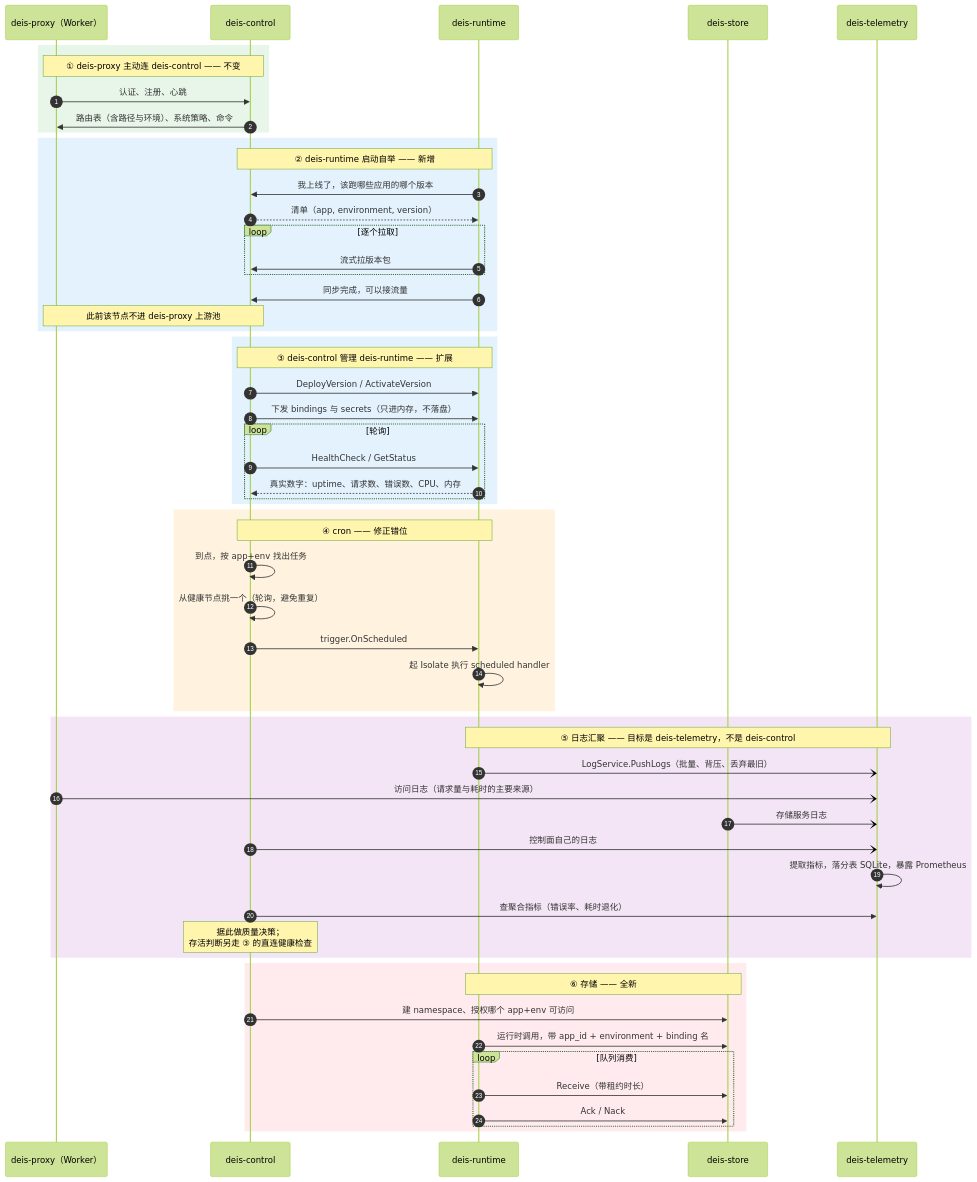
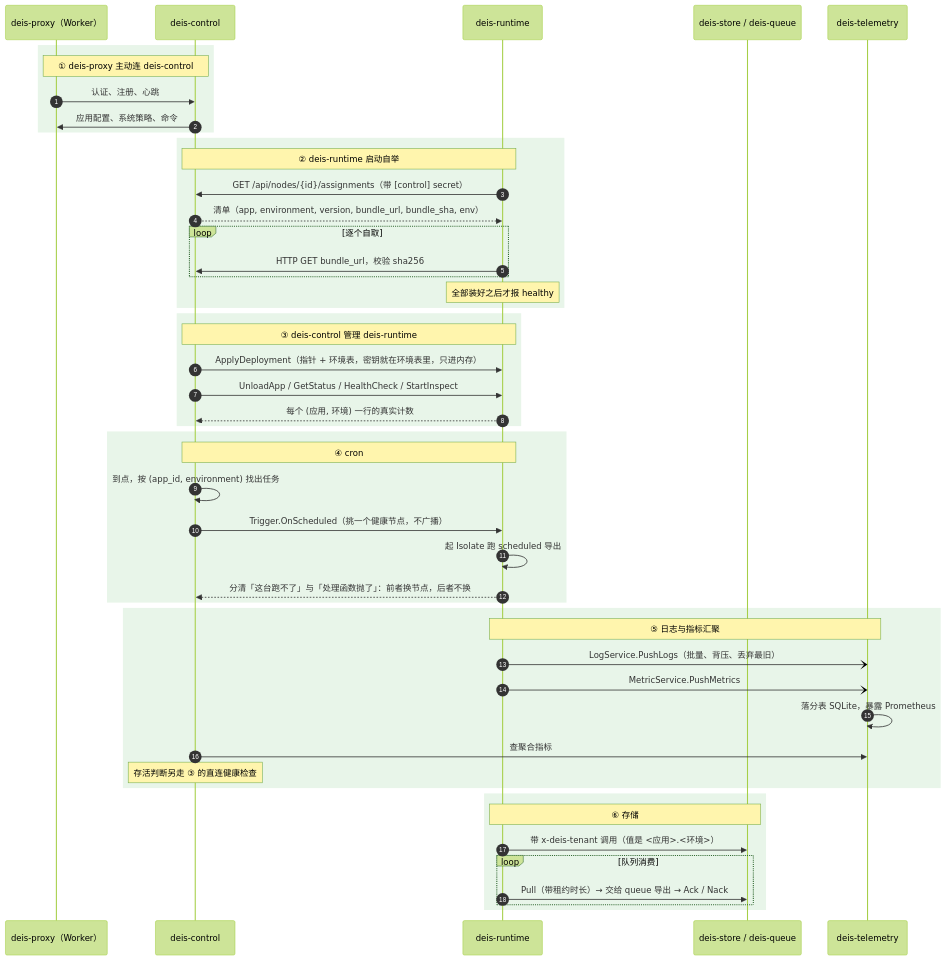
Before and after one commit to deislet/deislet: the fifth of 6 diagrams in docs/architecture.zh.md, drawn with Mermaid (forest theme). The commit also changed other lines of this file and 111 other files, not shown here.

````diff
--- a/docs/architecture.zh.md
+++ b/docs/architecture.zh.md
@@ -285,65 +312,57 @@
 ```mermaid
 sequenceDiagram
     autonumber
     participant F as deis-proxy（Worker）
     participant R as deis-control
     participant X as deis-runtime
-    participant D as deis-store
+    participant D as deis-store / deis-queue
     participant L as deis-telemetry
 
     rect rgb(232, 245, 233)
-    Note over F,R: ① deis-proxy 主动连 deis-control —— 不变
+    Note over F,R: ① deis-proxy 主动连 deis-control
     F->>R: 认证、注册、心跳
-    R->>F: 路由表（含路径与环境）、系统策略、命令
+    R->>F: 应用配置、系统策略、命令
     end
 
-    rect rgb(227, 242, 253)
-    Note over X,R: ② deis-runtime 启动自举 —— 新增
-    X->>R: 我上线了，该跑哪些应用的哪个版本
-    R-->>X: 清单（app, environment, version）
-    loop 逐个拉取
-        X->>R: 流式拉版本包
+    rect rgb(232, 245, 233)
+    Note over X,R: ② deis-runtime 启动自举
+    X->>R: GET /api/nodes/{id}/assignments（带 [control] secret）
+    R-->>X: 清单（app, environment, version, bundle_url, bundle_sha, env）
+    loop 逐个自取
+        X->>R: HTTP GET bundle_url，校验 sha256
     end
-    X->>R: 同步完成，可以接流量
-    Note over R,F: 此前该节点不进 deis-proxy 上游池
+    Note over X: 全部装好之后才报 healthy
     end
 
-    rect rgb(227, 242, 253)
-    Note over R,X: ③ deis-control 管理 deis-runtime —— 扩展
-    R->>X: DeployVersion / ActivateVersion
-    R->>X: 下发 bindings 与 secrets（只进内存，不落盘）
-    loop 轮询
-        R->>X: HealthCheck / GetStatus
-        X-->>R: 真实数字：uptime、请求数、错误数、CPU、内存
-    end
+    rect rgb(232, 245, 233)
+    Note over R,X: ③ deis-control 管理 deis-runtime
+    R->>X: ApplyDeployment（指针 + 环境表，密钥就在环境表里，只进内存）
+    R->>X: UnloadApp / GetStatus / HealthCheck / StartInspect
+    X-->>R: 每个 (应用, 环境) 一行的真实计数
     end
 
-    rect rgb(255, 243, 224)
-    Note over R,X: ④ cron —— 修正错位
-    R->>R: 到点，按 app+env 找出任务
-    R->>R: 从健康节点挑一个（轮询，避免重复）
-    R->>X: trigger.OnScheduled
-    X->>X: 起 Isolate 执行 scheduled handler
+    rect rgb(232, 245, 233)
+    Note over R,X: ④ cron
+    R->>R: 到点，按 (app_id, environment) 找出任务
+    R->>X: Trigger.OnScheduled（挑一个健康节点，不广播）
+    X->>X: 起 Isolate 跑 scheduled 导出
+    X-->>R: 分清「这台跑不了」与「处理函数抛了」：前者换节点，后者不换
     end
 
-    rect rgb(243, 229, 245)
-    Note over X,L: ⑤ 日志汇聚 —— 目标是 deis-telemetry，不是 deis-control
+    rect rgb(232, 245, 233)
+    Note over X,L: ⑤ 日志与指标汇聚
     X-)L: LogService.PushLogs（批量、背压、丢弃最旧）
-    F-)L: 访问日志（请求量与耗时的主要来源）
-    D-)L: 存储服务日志
-    R-)L: 控制面自己的日志
-    L->>L: 提取指标，落分表 SQLite，暴露 Prometheus
-    R->>L: 查聚合指标（错误率、耗时退化）
-    Note over R: 据此做质量决策；<br/>存活判断另走 ③ 的直连健康检查
+    X-)L: MetricService.PushMetrics
+    L->>L: 落分表 SQLite，暴露 Prometheus
+    R->>L: 查聚合指标
+    Note over R: 存活判断另走 ③ 的直连健康检查
     end
 
-    rect rgb(255, 235, 238)
-    Note over X,D: ⑥ 存储 —— 全新
-    R->>D: 建 namespace、授权哪个 app+env 可访问
-    X->>D: 运行时调用，带 app_id + environment + binding 名
+    rect rgb(232, 245, 233)
+    Note over X,D: ⑥ 存储
+    X->>D: 带 x-deis-tenant 调用（值是 <应用>.<环境>）
     loop 队列消费
-        X->>D: Receive（带租约时长）
-        X->>D: Ack / Nack
+        X->>D: Pull（带租约时长）→ 交给 queue 导出 → Ack / Nack
     end
     end
 ```
````
